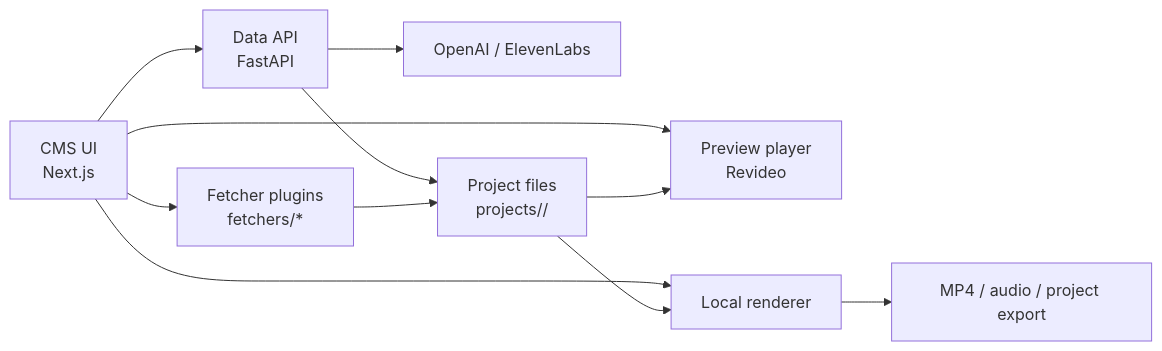
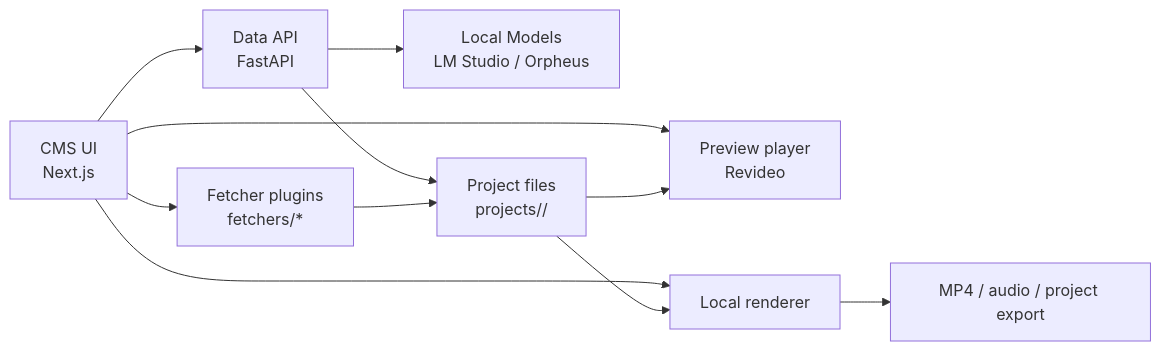
The diagram in README.md (jdrew1303/videofy_minimal), drawn with Mermaid before and after one commit. The commit also changed other lines of this file and 2 other files, not shown here.

First line of the commit message:
Update documentation and diagrams to reflect local model usage (#3)

````diff
--- a/README.md
+++ b/README.md
@@ -25,17 +25,17 @@
 ```mermaid
 flowchart LR
   CMS[CMS UI<br/>Next.js]
 
   CMS --> Fetchers[Fetcher plugins<br/>fetchers/*]
   CMS --> API[Data API<br/>FastAPI]
   CMS --> Preview[Preview player<br/>Revideo]
   CMS --> Render[Local renderer]
 
-  API --> AI[OpenAI / ElevenLabs]
+  API --> AI[Local Models<br/>LM Studio / Orpheus]
   API --> Projects[Project files<br/>projects/<projectId>/]
   Fetchers --> Projects
 
   Projects --> Preview
   Projects --> Render
   Render --> Output[MP4 / audio / project export]
 ```
````
